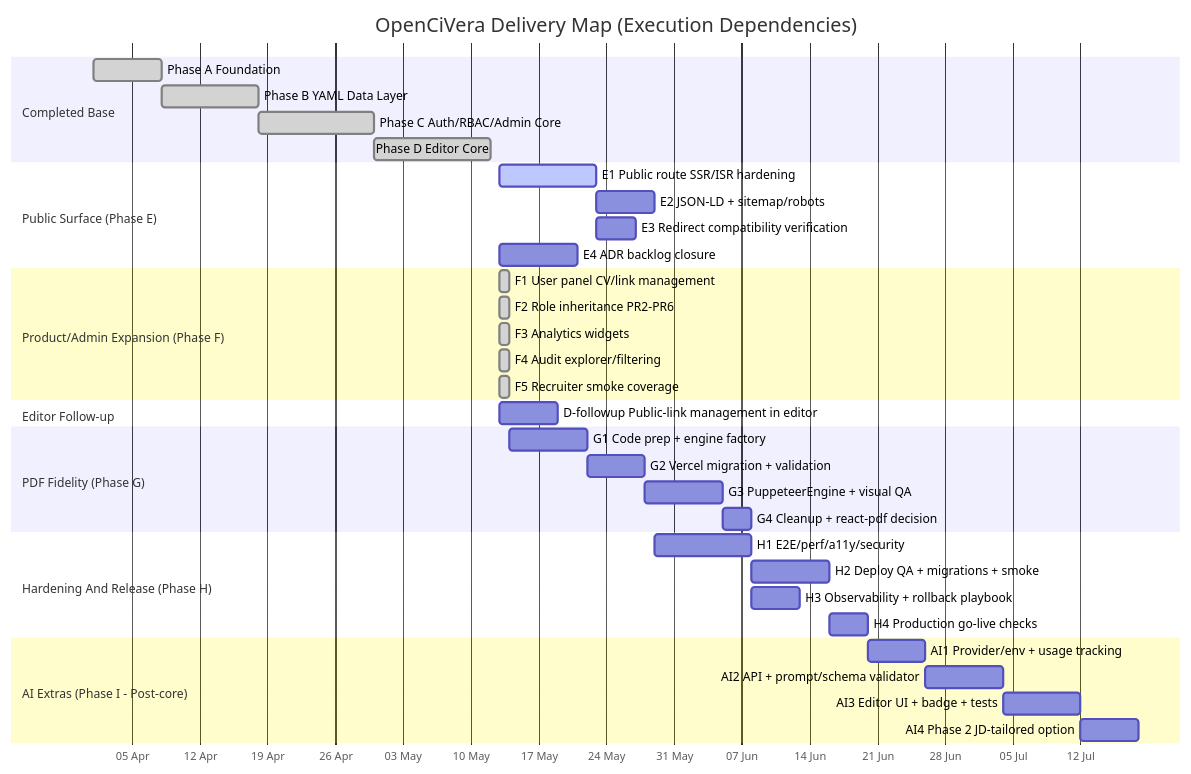
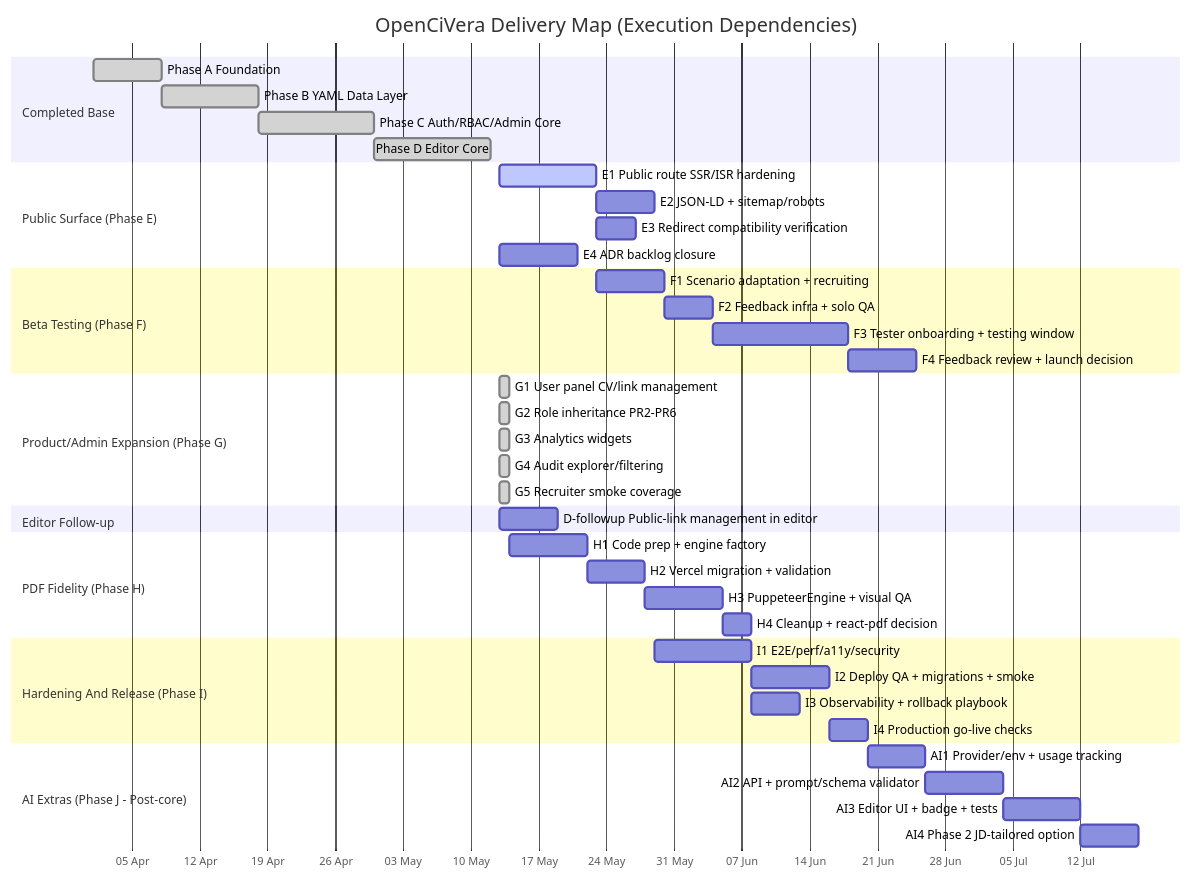
One commit to Sysdrummatic/resume-studio changed the diagram in docs/action-plan.md. Above: the diagram before and after it, drawn with Mermaid. The commit also changed other lines of this file and 18 other files, not shown here.

First line of the commit message:
feat: Add Phase H documentation for Vercel + Puppeteer PDF migration

````diff
--- a/docs/action-plan.md
+++ b/docs/action-plan.md
@@ -215,46 +225,52 @@
 ```mermaid
 gantt
   title OpenCiVera Delivery Map (Execution Dependencies)
   dateFormat  YYYY-MM-DD
   axisFormat  %d %b
 
   section Completed Base
   Phase A Foundation                       :done, a1, 2026-04-01, 7d
   Phase B YAML Data Layer                  :done, a2, after a1, 10d
   Phase C Auth/RBAC/Admin Core             :done, a3, after a2, 12d
   Phase D Editor Core                      :done, a4, after a3, 12d
 
   section Public Surface (Phase E)
   E1 Public route SSR/ISR hardening        :active, e1, 2026-05-13, 10d
   E2 JSON-LD + sitemap/robots              :e2, after e1, 6d
   E3 Redirect compatibility verification    :e3, after e1, 4d
   E4 ADR backlog closure                    :e4, 2026-05-13, 8d
 
-  section Product/Admin Expansion (Phase F)
-  F1 User panel CV/link management         :done, f1, 2026-05-13, 1d
-  F2 Role inheritance PR2-PR6              :done, f2, 2026-05-13, 1d
-  F3 Analytics widgets                      :done, f3, 2026-05-13, 1d
-  F4 Audit explorer/filtering               :done, f4, 2026-05-13, 1d
-  F5 Recruiter smoke coverage               :done, f5, 2026-05-13, 1d
+  section Beta Testing (Phase F)
+  F1 Scenario adaptation + recruiting       :f1, after e1, 7d
+  F2 Feedback infra + solo QA               :f2, after f1, 5d
+  F3 Tester onboarding + testing window     :f3, after f2, 14d
+  F4 Feedback review + launch decision      :f4, after f3, 7d
+
+  section Product/Admin Expansion (Phase G)
+  G1 User panel CV/link management         :done, g1, 2026-05-13, 1d
+  G2 Role inheritance PR2-PR6              :done, g2, 2026-05-13, 1d
+  G3 Analytics widgets                      :done, g3, 2026-05-13, 1d
+  G4 Audit explorer/filtering               :done, g4, 2026-05-13, 1d
+  G5 Recruiter smoke coverage               :done, g5, 2026-05-13, 1d
 
   section Editor Follow-up
   D-followup Public-link management in editor :d1, 2026-05-13, 6d
 
-  section PDF Fidelity (Phase G)
-  G1 Code prep + engine factory             :g1, after f4, 8d
-  G2 Vercel migration + validation          :g2, after g1, 6d
-  G3 PuppeteerEngine + visual QA            :g3, after g2, 8d
-  G4 Cleanup + react-pdf decision           :g4, after g3, 3d
+  section PDF Fidelity (Phase H)
+  H1 Code prep + engine factory             :h1, after g4, 8d
+  H2 Vercel migration + validation          :h2, after h1, 6d
+  H3 PuppeteerEngine + visual QA            :h3, after h2, 8d
+  H4 Cleanup + react-pdf decision           :h4, after h3, 3d
 
-  section Hardening And Release (Phase H)
-  H1 E2E/perf/a11y/security                 :h1, after e2, 10d
-  H2 Deploy QA + migrations + smoke         :h2, after h1, 8d
-  H3 Observability + rollback playbook      :h3, after h1, 5d
-  H4 Production go-live checks              :h4, after h2, 4d
+  section Hardening And Release (Phase I)
+  I1 E2E/perf/a11y/security                 :i1, after e2, 10d
+  I2 Deploy QA + migrations + smoke         :i2, after i1, 8d
+  I3 Observability + rollback playbook      :i3, after i1, 5d
+  I4 Production go-live checks              :i4, after i2, 4d
 
-  section AI Extras (Phase I - Post-core)
-  AI1 Provider/env + usage tracking         :ai1, after h4, 6d
+  section AI Extras (Phase J - Post-core)
+  AI1 Provider/env + usage tracking         :ai1, after i4, 6d
   AI2 API + prompt/schema validator         :ai2, after ai1, 8d
   AI3 Editor UI + badge + tests             :ai3, after ai2, 8d
   AI4 Phase 2 JD-tailored option            :ai4, after ai3, 6d
 ```
````
